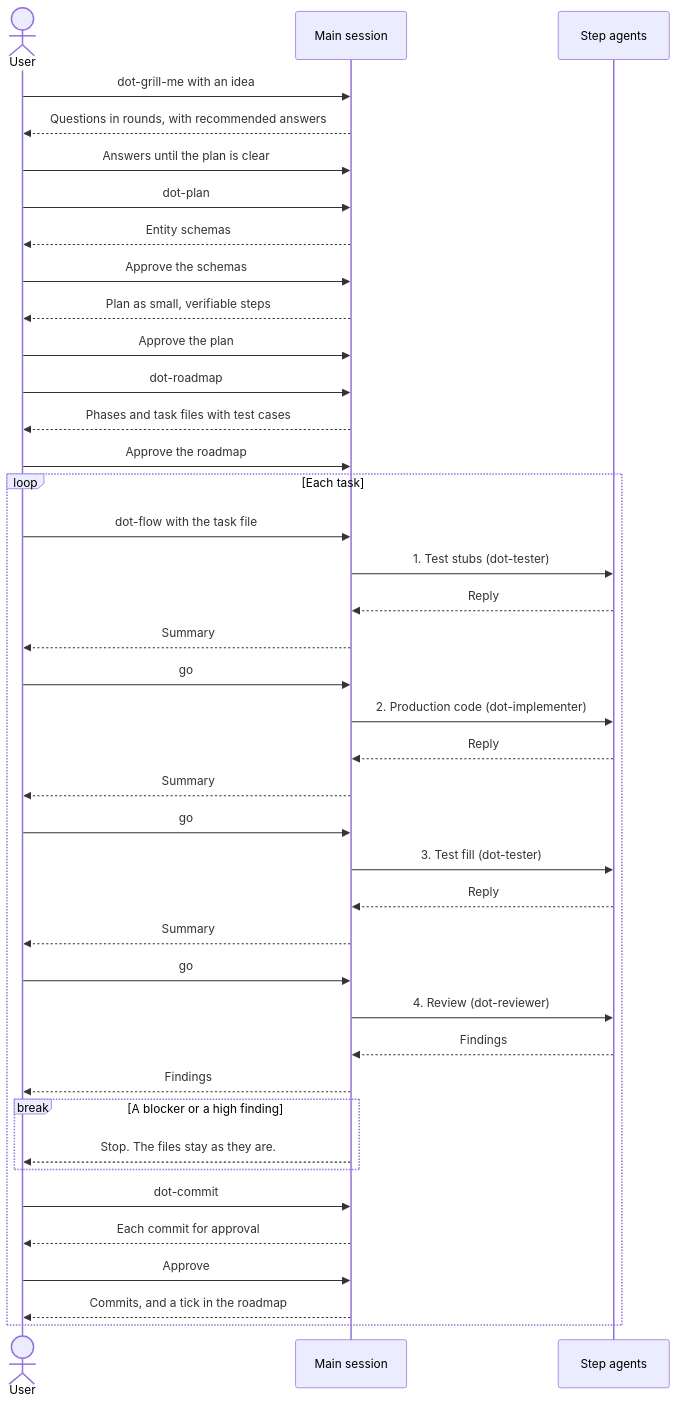
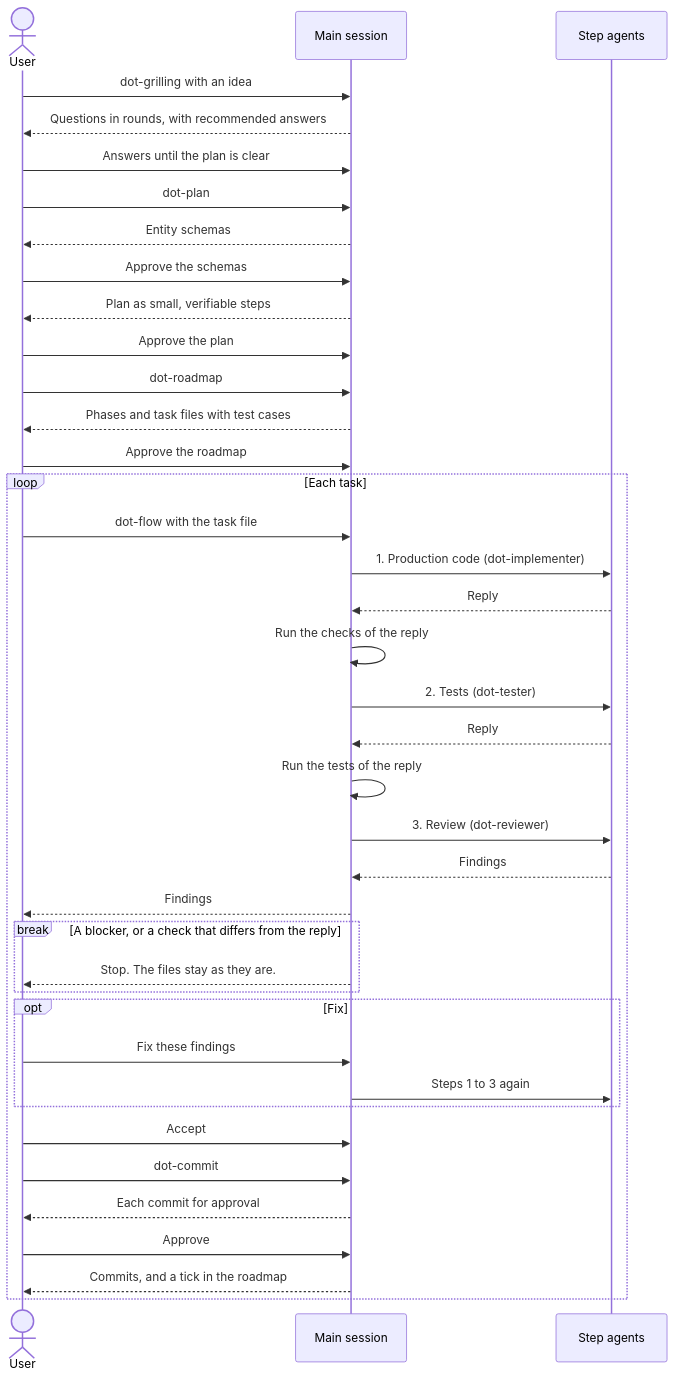
One commit to igorlau/dotagents changed the diagram in README.md. Above: the diagram before and after it, drawn with Mermaid. The commit also changed other lines of this file and 41 other files, not shown here.

````diff
--- a/README.md
+++ b/README.md
@@ -91,42 +91,41 @@
 ```mermaid
 sequenceDiagram
     actor User
     participant Main as Main session
     participant Agents as Step agents
-    User->>Main: dot-grill-me with an idea
+    User->>Main: dot-grilling with an idea
     Main-->>User: Questions in rounds, with recommended answers
     User->>Main: Answers until the plan is clear
     User->>Main: dot-plan
     Main-->>User: Entity schemas
     User->>Main: Approve the schemas
     Main-->>User: Plan as small, verifiable steps
     User->>Main: Approve the plan
     User->>Main: dot-roadmap
     Main-->>User: Phases and task files with test cases
     User->>Main: Approve the roadmap
     loop Each task
         User->>Main: dot-flow with the task file
-        Main->>Agents: 1. Test stubs (dot-tester)
+        Main->>Agents: 1. Production code (dot-implementer)
         Agents-->>Main: Reply
-        Main-->>User: Summary
-        User->>Main: go
-        Main->>Agents: 2. Production code (dot-implementer)
+        Main->>Main: Run the checks of the reply
+        Main->>Agents: 2. Tests (dot-tester)
         Agents-->>Main: Reply
-        Main-->>User: Summary
-        User->>Main: go
-        Main->>Agents: 3. Test fill (dot-tester)
-        Agents-->>Main: Reply
-        Main-->>User: Summary
-        User->>Main: go
-        Main->>Agents: 4. Review (dot-reviewer)
+        Main->>Main: Run the tests of the reply
+        Main->>Agents: 3. Review (dot-reviewer)
         Agents-->>Main: Findings
         Main-->>User: Findings
-        break A blocker or a high finding
+        break A blocker, or a check that differs from the reply
             Main-->>User: Stop. The files stay as they are.
         end
+        opt Fix
+            User->>Main: Fix these findings
+            Main->>Agents: Steps 1 to 3 again
+        end
+        User->>Main: Accept
         User->>Main: dot-commit
         Main-->>User: Each commit for approval
         User->>Main: Approve
         Main-->>User: Commits, and a tick in the roadmap
     end
 ```
````
